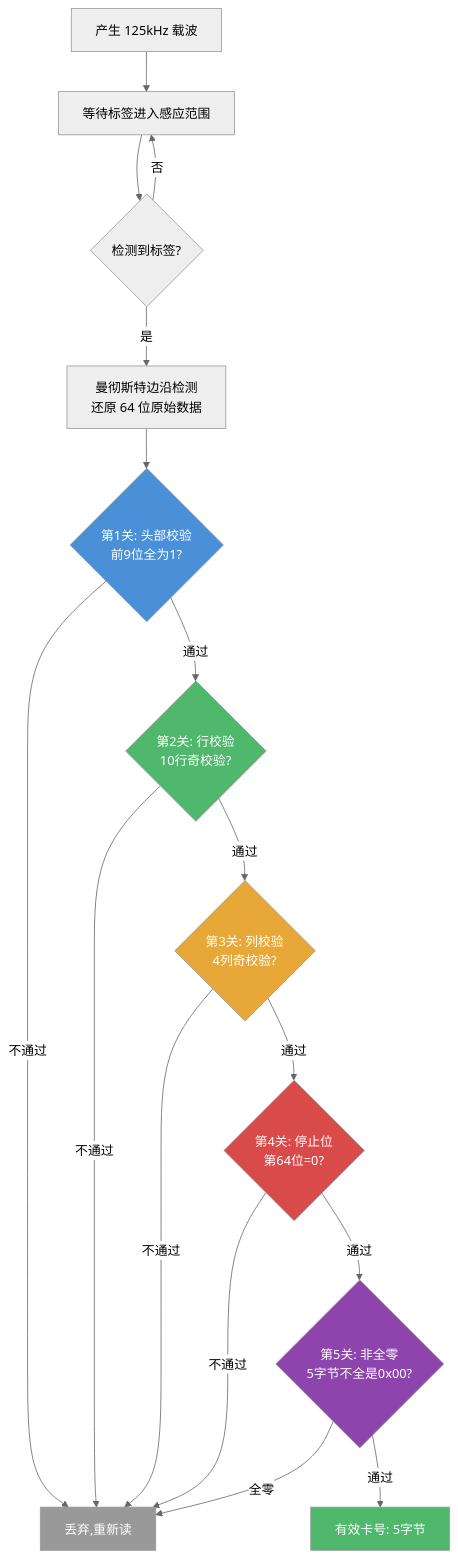
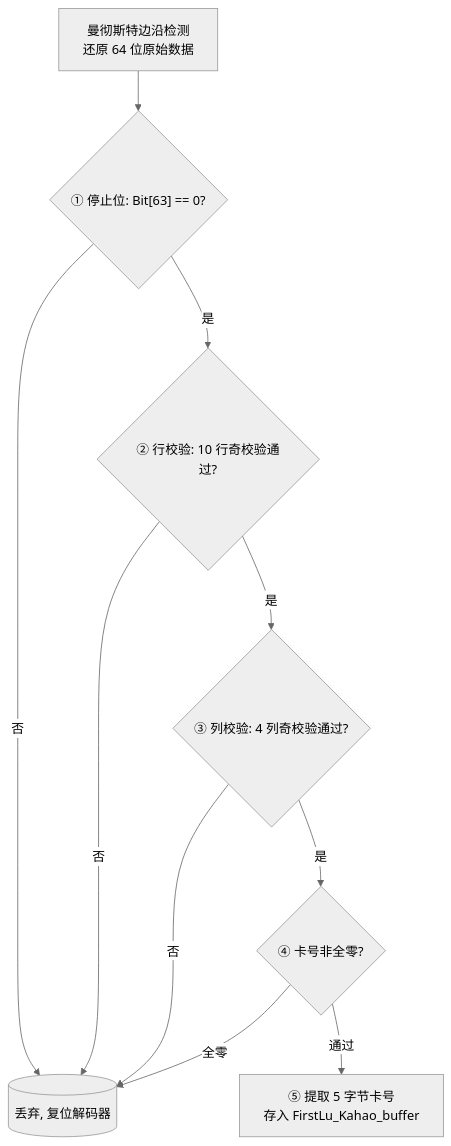
The second of 10 diagrams in 工作/SR3读卡器/260802SR3读卡器需求.md (Siaiai/ObsidianNote), drawn with Mermaid (neutral theme) before and after one commit. The commit also changed other lines of this file, not shown here.

````diff
--- a/工作/SR3读卡器/260802SR3读卡器需求.md
+++ b/工作/SR3读卡器/260802SR3读卡器需求.md
@@ -103,26 +109,13 @@
 ```mermaid
 flowchart TD
-    Carrier[产生 125kHz 载波] --> Wait[等待标签进入感应范围]
-    Wait --> Detect{检测到标签?}
-    Detect -->|是| Decode[曼彻斯特边沿检测<br/>还原 64 位原始数据]
-    Detect -->|否| Wait
-    Decode --> V1{第1关: 头部校验<br/>前9位全为1?}
-    V1 -->|不通过| Drop[丢弃,重新读]
-    V1 -->|通过| V2{第2关: 行校验<br/>10行奇校验?}
-    V2 -->|不通过| Drop
-    V2 -->|通过| V3{第3关: 列校验<br/>4列奇校验?}
-    V3 -->|不通过| Drop
-    V3 -->|通过| V4{第4关: 停止位<br/>第64位=0?}
-    V4 -->|不通过| Drop
-    V4 -->|通过| V5{第5关: 非全零<br/>5字节不全是0x00?}
-    V5 -->|全零| Drop
-    V5 -->|通过| Done[有效卡号: 5字节]
-
-    style V1 fill:#4A90D9,color:#fff
-    style V2 fill:#50B86C,color:#fff
-    style V3 fill:#E8A838,color:#fff
-    style V4 fill:#D94A4A,color:#fff
-    style V5 fill:#8E44AD,color:#fff
-    style Done fill:#50B86C,color:#fff
-    style Drop fill:#999,color:#fff
+    Decode["曼彻斯特边沿检测<br/>还原 64 位原始数据"] --> V1{"① 停止位: Bit[63] == 0?"}
+    V1 -->|否| Drop
+    V1 -->|是| V2{"② 行校验: 10 行奇校验通过?"}
+    V2 -->|否| Drop
+    V2 -->|是| V3{"③ 列校验: 4 列奇校验通过?"}
+    V3 -->|否| Drop
+    V3 -->|是| V4{"④ 卡号非全零?"}
+    V4 -->|全零| Drop
+    V4 -->|通过| Valid["⑤ 提取 5 字节卡号<br/>存入 FirstLu_Kahao_buffer"]
+    Drop[("丢弃, 复位解码器")]
 ```
````
